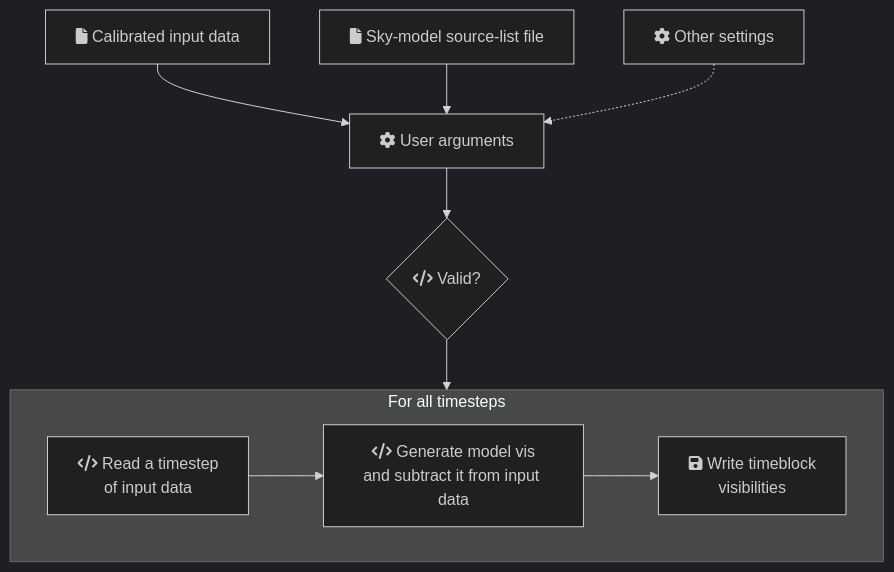
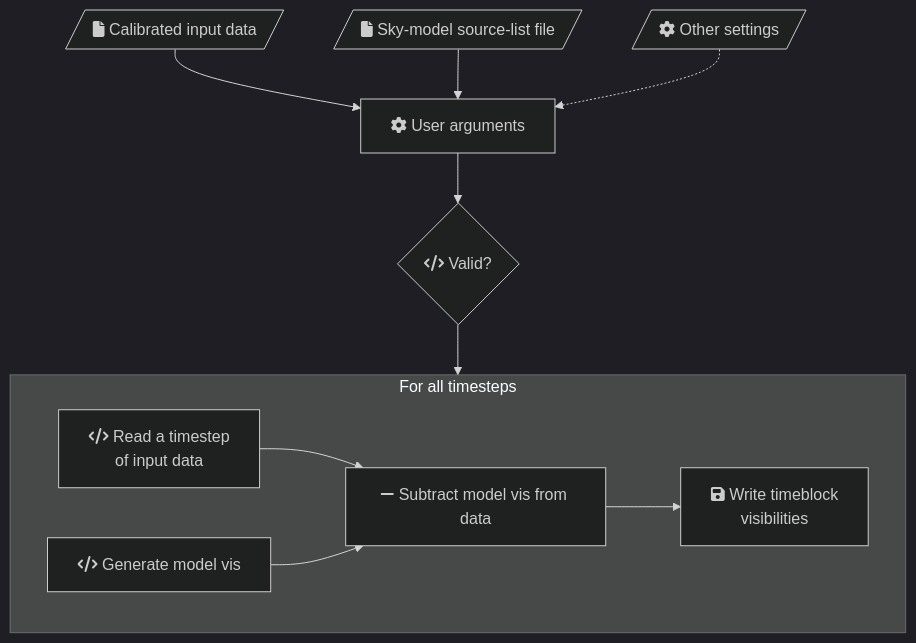
Before and after one commit to MWATelescope/mwa_hyperdrive: the diagram in mdbook/src/user/vis_subtract/intro.md, drawn with Mermaid. The commit also changed 3 other files, not shown here.

````diff
--- a/mdbook/src/user/vis_subtract/intro.md
+++ b/mdbook/src/user/vis_subtract/intro.md
@@ -13,16 +13,19 @@
 ```mermaid
 %%{init: {'theme':'dark', 'themeVariables': {'fontsize': 20}}}%%
 flowchart TD
-    InputData[fa:fa-file Calibrated input data]-->Args
-    CalSols[fa:fa-file Sky-model source-list file]-->Args
-    Settings[fa:fa-cog Other settings]-.->Args
+    InputData[/fa:fa-file Calibrated input data/]-->Args
+    CalSols[/fa:fa-file Sky-model source-list file/]-->Args
+    Settings[/fa:fa-cog Other settings/]-.->Args
 
     Args[fa:fa-cog User arguments]-->Valid{fa:fa-code Valid?}
     Valid --> subtract
 
     subgraph subtract[For all timesteps]
-        Read[fa:fa-code Read a timestep\nof input data]
-        Read-->Apply["fa:fa-code Generate model vis\nand subtract it from input data"]
-        Apply-->Write[fa:fa-save Write timeblock\nvisibilities]
+        Read["fa:fa-code Read a timestep
+        of input data"]
+        Simulate["fa:fa-code Generate model vis"]
+        Read & Simulate-->Subtract["fa:fa-minus Subtract model vis from data"]
+        Subtract-->Write[fa:fa-save Write timeblock
+        visibilities]
     end
 ```
````
